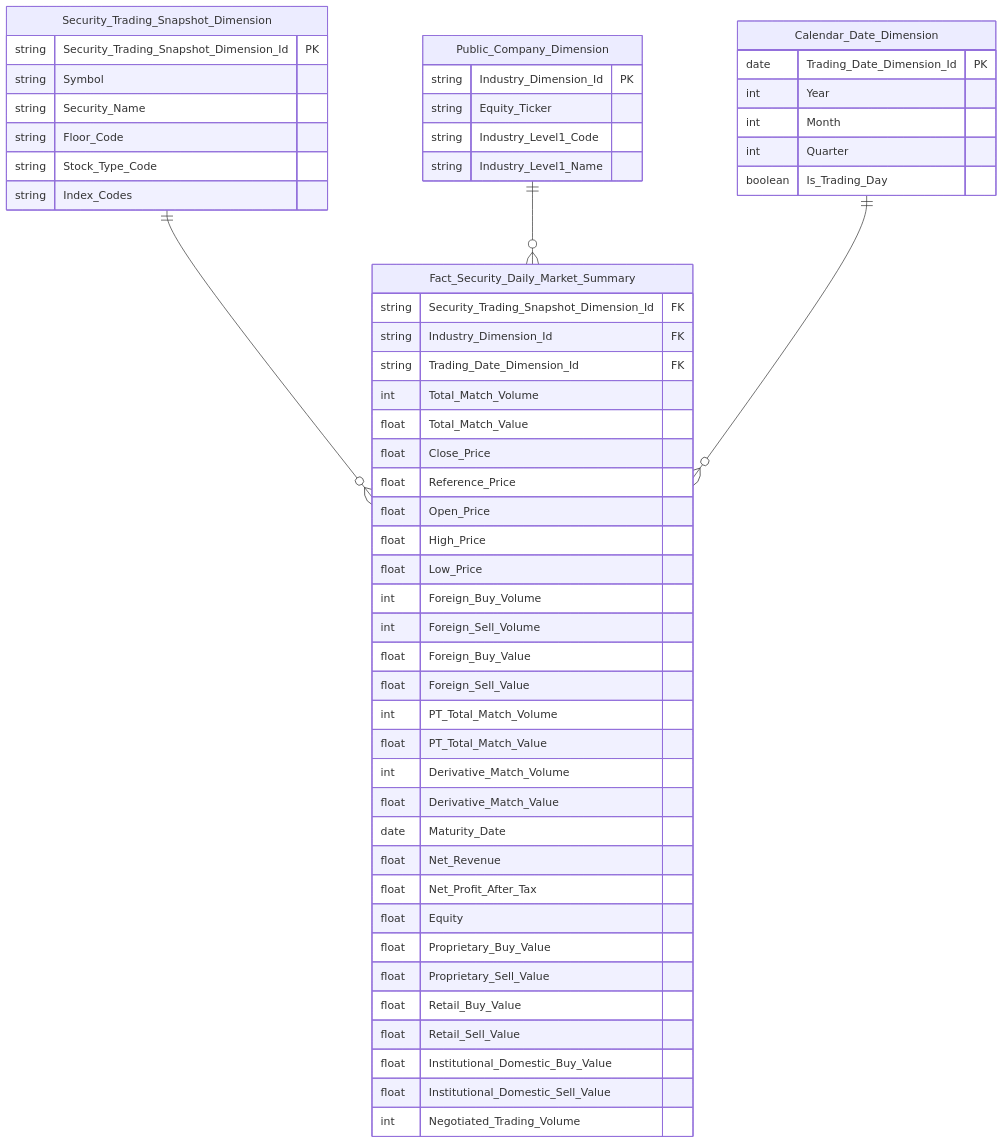
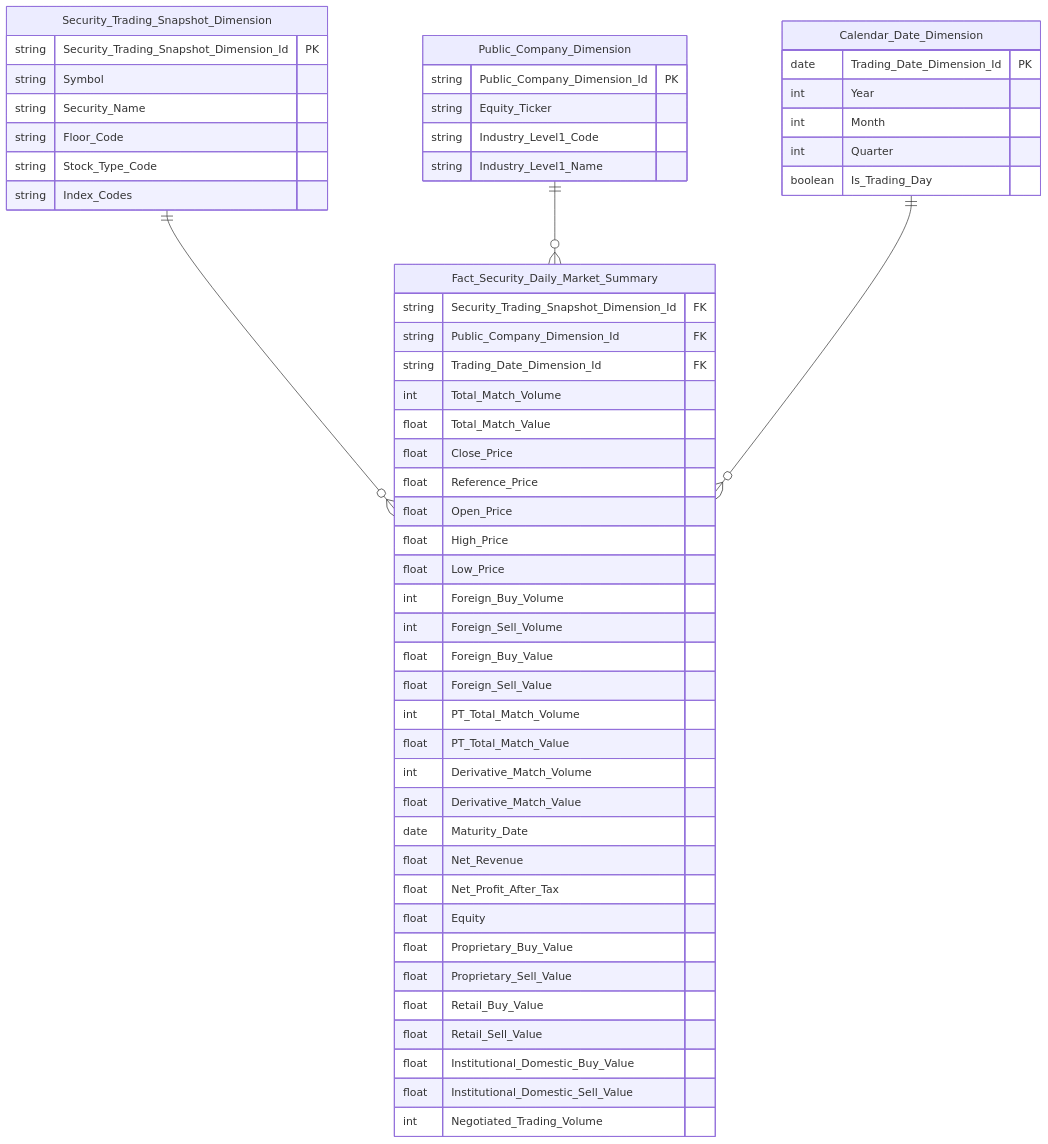
Before and after one commit to linhlvit/ubck_atomic_design: diagram 13 of 16 in Datamart/hld/DTM_GSTT_HLD.md, drawn with Mermaid. The commit also changed other lines of this file and 1 other file, not shown here.

````diff
--- a/Datamart/hld/DTM_GSTT_HLD.md
+++ b/Datamart/hld/DTM_GSTT_HLD.md
@@ -778,58 +812,58 @@
 ```mermaid
 erDiagram
     Fact_Security_Daily_Market_Summary {
         string Security_Trading_Snapshot_Dimension_Id FK
-        string Industry_Dimension_Id FK
+        string Public_Company_Dimension_Id FK
         string Trading_Date_Dimension_Id FK
         int Total_Match_Volume
         float Total_Match_Value
         float Close_Price
         float Reference_Price
         float Open_Price
         float High_Price
         float Low_Price
         int Foreign_Buy_Volume
         int Foreign_Sell_Volume
         float Foreign_Buy_Value
         float Foreign_Sell_Value
         int PT_Total_Match_Volume
         float PT_Total_Match_Value
         int Derivative_Match_Volume
         float Derivative_Match_Value
         date Maturity_Date
         float Net_Revenue
         float Net_Profit_After_Tax
         float Equity
         float Proprietary_Buy_Value
         float Proprietary_Sell_Value
         float Retail_Buy_Value
         float Retail_Sell_Value
         float Institutional_Domestic_Buy_Value
         float Institutional_Domestic_Sell_Value
         int Negotiated_Trading_Volume
     }
     Security_Trading_Snapshot_Dimension {
         string Security_Trading_Snapshot_Dimension_Id PK
         string Symbol
         string Security_Name
         string Floor_Code
         string Stock_Type_Code
         string Index_Codes
     }
     Public_Company_Dimension {
-        string Industry_Dimension_Id PK
+        string Public_Company_Dimension_Id PK
         string Equity_Ticker
         string Industry_Level1_Code
         string Industry_Level1_Name
     }
     Calendar_Date_Dimension {
         date Trading_Date_Dimension_Id PK
         int Year
         int Month
         int Quarter
         boolean Is_Trading_Day
     }
-    Security_Trading_Snapshot_Dimension ||--o{ Fact_Security_Daily_Market_Summary : ""
-    Public_Company_Dimension ||--o{ Fact_Security_Daily_Market_Summary : ""
-    Calendar_Date_Dimension ||--o{ Fact_Security_Daily_Market_Summary : ""
+    Security_Trading_Snapshot_Dimension ||--o{ Fact_Security_Daily_Market_Summary : " "
+    Public_Company_Dimension ||--o{ Fact_Security_Daily_Market_Summary : " "
+    Calendar_Date_Dimension ||--o{ Fact_Security_Daily_Market_Summary : " "
 ```
````
